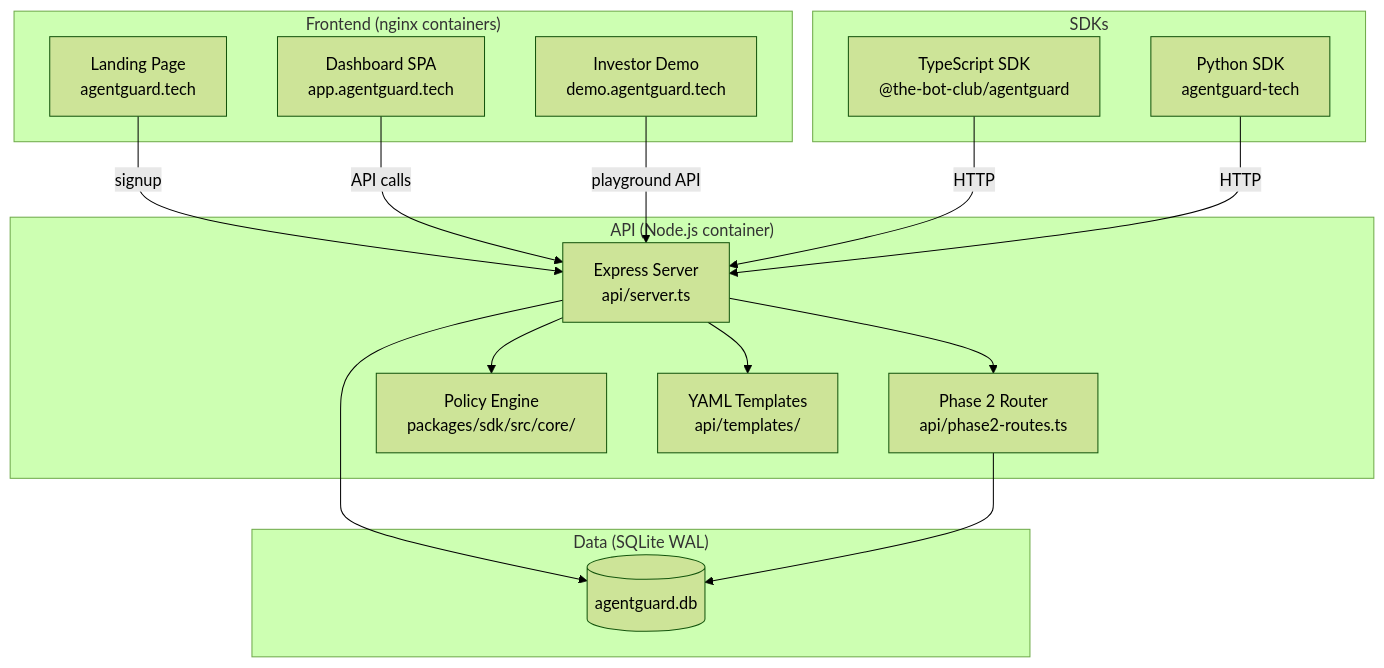
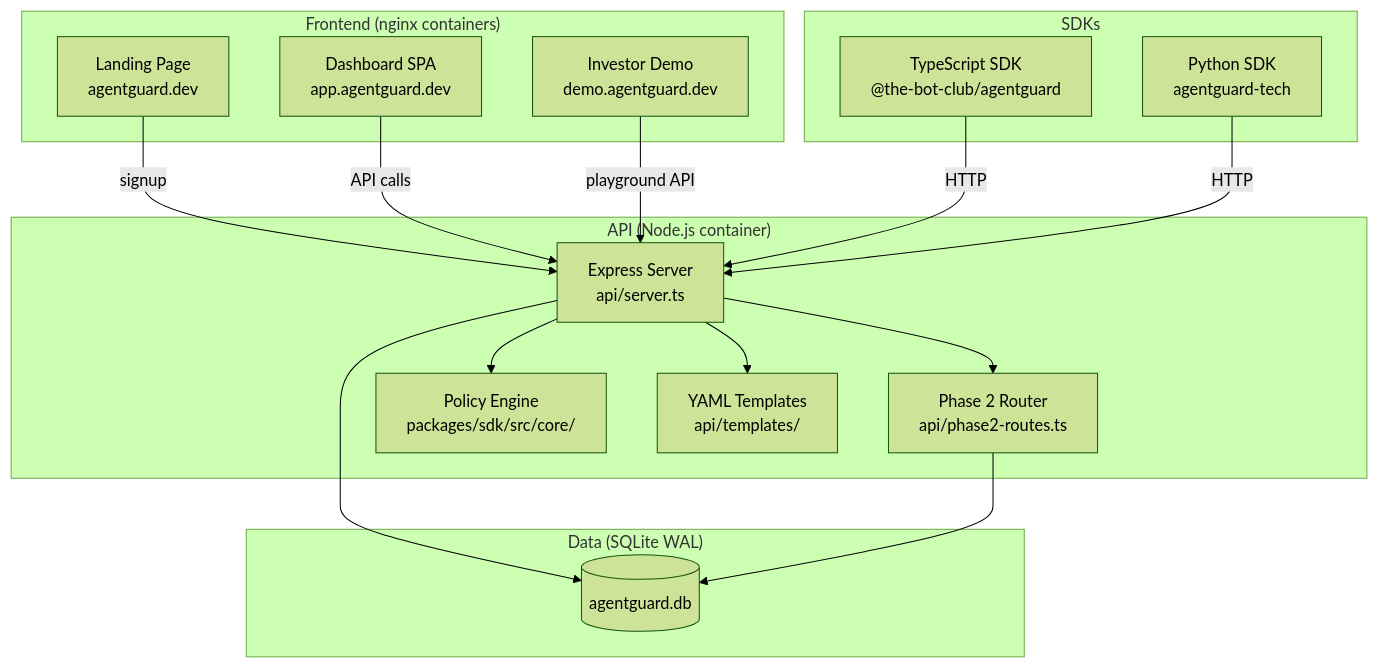
Before and after one commit to thebotclub/AgentGuard: the diagram in docs/AUDIT_REPORT.md, drawn with Mermaid (forest theme). The commit also changed 105 other files, not shown here.

First line of the commit message:
fix: migrate all domain refs from agentguard.tech → agentguard.dev

````diff
--- a/docs/AUDIT_REPORT.md
+++ b/docs/AUDIT_REPORT.md
@@ -62,35 +62,35 @@
 ```mermaid
 graph TB
     subgraph "Frontend (nginx containers)"
-        Landing["Landing Page<br/>agentguard.tech"]
-        Dashboard["Dashboard SPA<br/>app.agentguard.tech"]
-        Demo["Investor Demo<br/>demo.agentguard.tech"]
+        Landing["Landing Page<br/>agentguard.dev"]
+        Dashboard["Dashboard SPA<br/>app.agentguard.dev"]
+        Demo["Investor Demo<br/>demo.agentguard.dev"]
     end
     
     subgraph "API (Node.js container)"
         Server["Express Server<br/>api/server.ts"]
         Phase2["Phase 2 Router<br/>api/phase2-routes.ts"]
         Engine["Policy Engine<br/>packages/sdk/src/core/"]
         Templates["YAML Templates<br/>api/templates/"]
     end
     
     subgraph "Data (SQLite WAL)"
         DB[(agentguard.db)]
     end
     
     subgraph "SDKs"
         TS["TypeScript SDK<br/>@the-bot-club/agentguard"]
         PY["Python SDK<br/>agentguard-tech"]
     end
     
     Landing -->|signup| Server
     Dashboard -->|API calls| Server
     Demo -->|playground API| Server
     TS -->|HTTP| Server
     PY -->|HTTP| Server
     Server --> Engine
     Server --> Templates
     Server --> DB
     Phase2 --> DB
     Server --> Phase2
 ```
````
